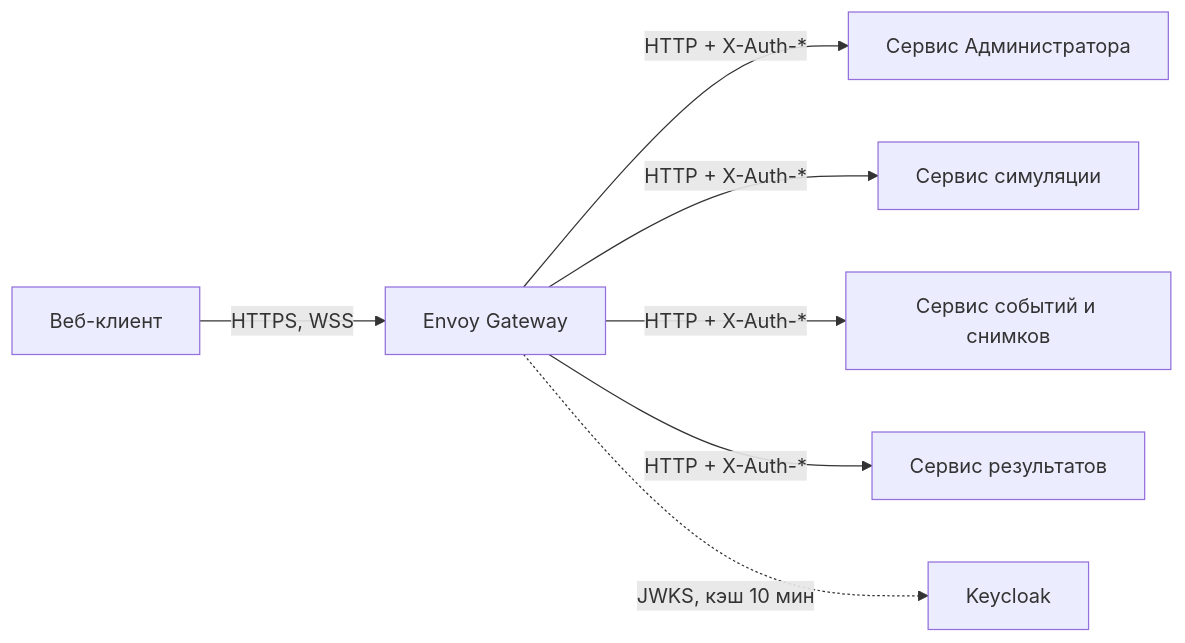
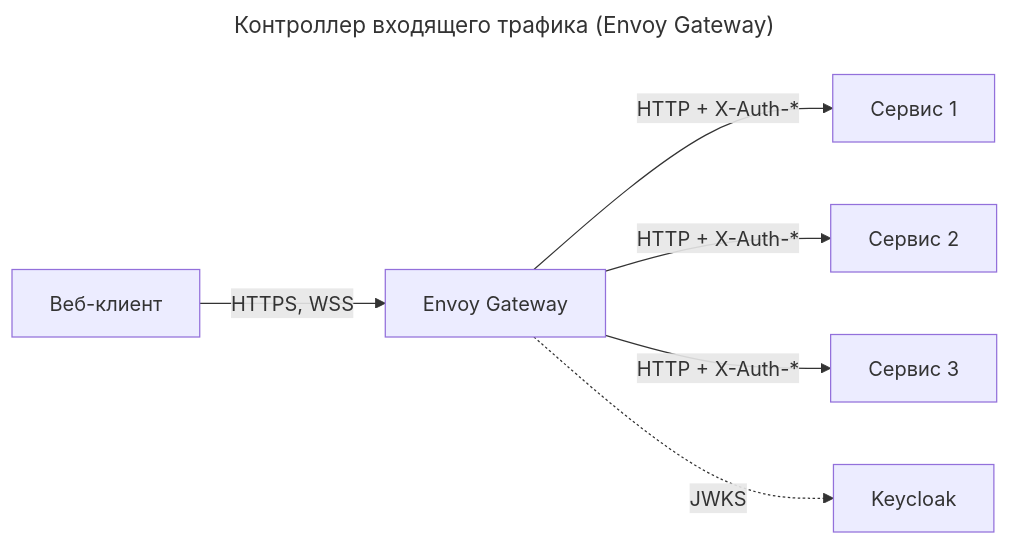
Before and after one commit to mrtxee/tsprs-2026-11-mvp: the diagram in docs/adr/03-выбор-контроллера-входящего-трафика.md, drawn with Mermaid. The commit also changed 2 other files, not shown here.

````diff
--- a/docs/adr/03-выбор-контроллера-входящего-трафика.md
+++ b/docs/adr/03-выбор-контроллера-входящего-трафика.md
@@ -41,9 +41,11 @@
 ```mermaid
+---
+title: Контроллер входящего трафика (Envoy Gateway)
+---
 flowchart LR
   B["Веб-клиент"] -->|"HTTPS, WSS"| GW["Envoy Gateway"]
-  GW -->|"HTTP + X-Auth-*"| ADM["Сервис Администратора"]
-  GW -->|"HTTP + X-Auth-*"| SIM["Сервис симуляции"]
-  GW -->|"HTTP + X-Auth-*"| EV["Сервис событий и снимков"]
-  GW -->|"HTTP + X-Auth-*"| RES["Сервис результатов"]
-  GW -.->|"JWKS, кэш 10 мин"| KC["Keycloak"]
+  GW -->|"HTTP + X-Auth-*"| S1["Сервис 1"]
+  GW -->|"HTTP + X-Auth-*"| S2["Сервис 2"]
+  GW -->|"HTTP + X-Auth-*"| S3["Сервис 3"]
+  GW -.->|"JWKS"| KC["Keycloak"]
 ```
````
